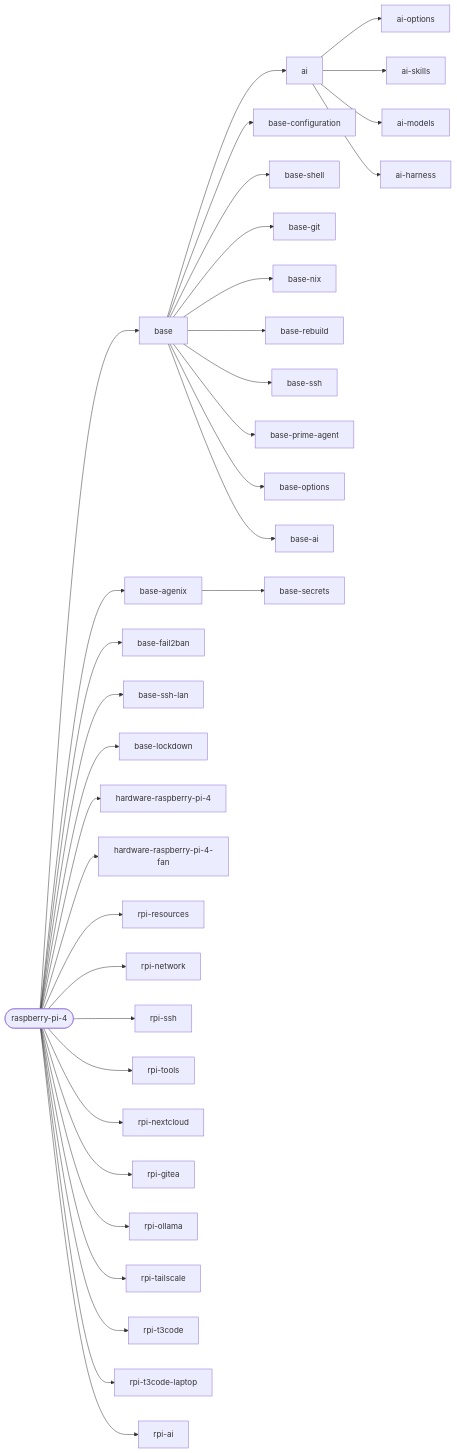
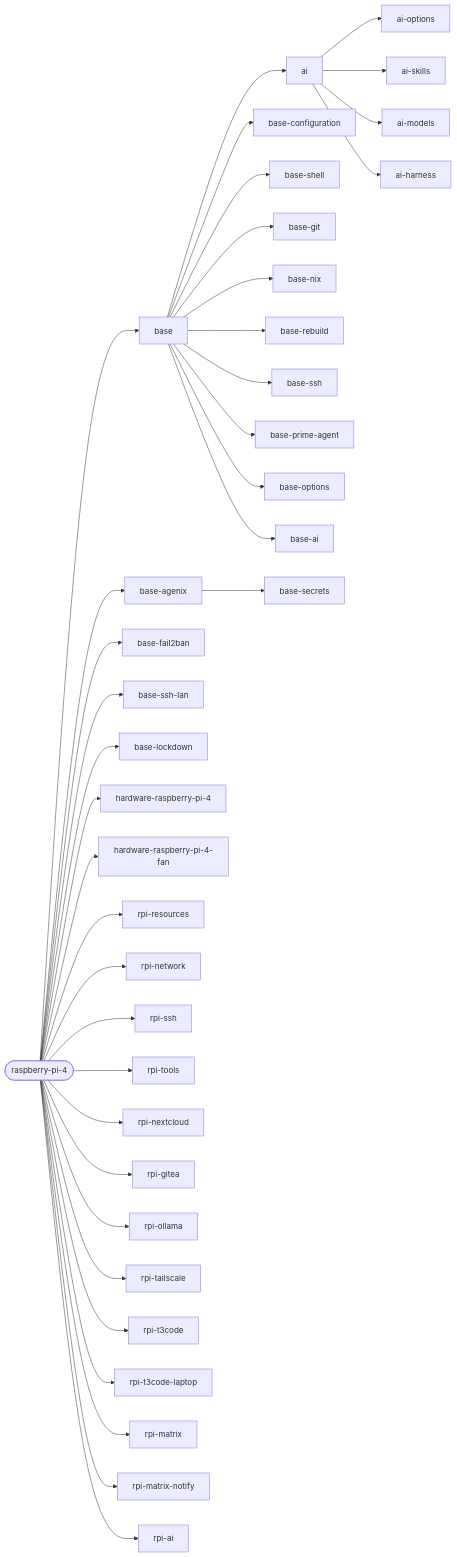
One commit to janusz-bit/nixos changed the second of 3 diagrams in docs/reference/hosts.md. Above: the diagram before and after it, drawn with Mermaid. The commit also changed other lines of this file and 14 other files, not shown here.

First line of the commit message:
rpi: matrix server for ai agent notifications

````diff
--- a/docs/reference/hosts.md
+++ b/docs/reference/hosts.md
@@ -134,37 +136,39 @@
 ```mermaid
 flowchart LR
   host_raspberry_pi_4([raspberry-pi-4])
   host_raspberry_pi_4 --> base[base]
   host_raspberry_pi_4 --> base_agenix[base-agenix]
   host_raspberry_pi_4 --> base_fail2ban[base-fail2ban]
   host_raspberry_pi_4 --> base_ssh_lan[base-ssh-lan]
   host_raspberry_pi_4 --> base_lockdown[base-lockdown]
   host_raspberry_pi_4 --> hardware_raspberry_pi_4[hardware-raspberry-pi-4]
   host_raspberry_pi_4 --> hardware_raspberry_pi_4_fan[hardware-raspberry-pi-4-fan]
   host_raspberry_pi_4 --> rpi_resources[rpi-resources]
   host_raspberry_pi_4 --> rpi_network[rpi-network]
   host_raspberry_pi_4 --> rpi_ssh[rpi-ssh]
   host_raspberry_pi_4 --> rpi_tools[rpi-tools]
   host_raspberry_pi_4 --> rpi_nextcloud[rpi-nextcloud]
   host_raspberry_pi_4 --> rpi_gitea[rpi-gitea]
   host_raspberry_pi_4 --> rpi_ollama[rpi-ollama]
   host_raspberry_pi_4 --> rpi_tailscale[rpi-tailscale]
   host_raspberry_pi_4 --> rpi_t3code[rpi-t3code]
   host_raspberry_pi_4 --> rpi_t3code_laptop[rpi-t3code-laptop]
+  host_raspberry_pi_4 --> rpi_matrix[rpi-matrix]
+  host_raspberry_pi_4 --> rpi_matrix_notify[rpi-matrix-notify]
   host_raspberry_pi_4 --> rpi_ai[rpi-ai]
   ai --> ai_options[ai-options]
   ai --> ai_skills[ai-skills]
   ai --> ai_models[ai-models]
   ai --> ai_harness[ai-harness]
   base --> base_configuration[base-configuration]
   base --> base_shell[base-shell]
   base --> base_git[base-git]
   base --> base_nix[base-nix]
   base --> base_rebuild[base-rebuild]
   base --> base_ssh[base-ssh]
   base --> base_prime_agent[base-prime-agent]
   base --> base_options[base-options]
   base --> ai[ai]
   base --> base_ai[base-ai]
   base_agenix --> base_secrets[base-secrets]
 ```
````
